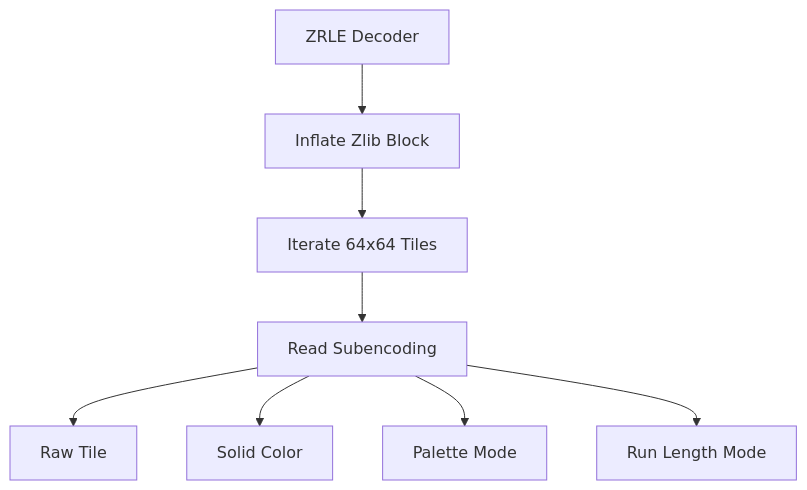
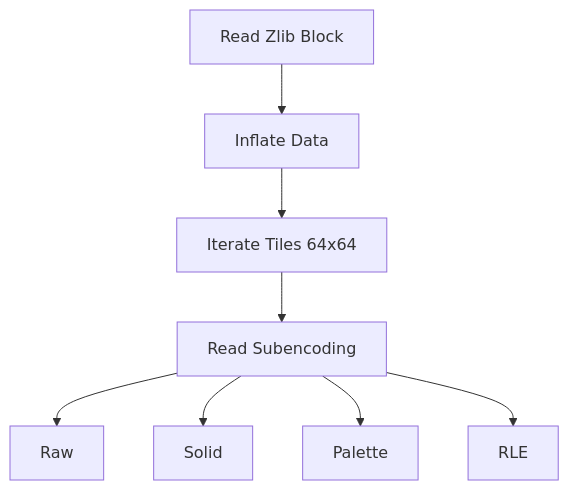
Before and after one commit to Ylianst/MeshCentral: the fourth of 5 diagrams in docs/reference/architecture/decoders/decoders.md, drawn with Mermaid. The commit also changed other lines of this file and 642 other files, not shown here.

````diff
--- a/docs/reference/architecture/decoders/decoders.md
+++ b/docs/reference/architecture/decoders/decoders.md
@@ -269,10 +274,10 @@
 ```mermaid
 flowchart TD
-    ZRLE["ZRLE Decoder"] --> Inflate["Inflate Zlib Block"]
-    Inflate --> TileLoop["Iterate 64x64 Tiles"]
-    TileLoop --> SubEnc["Read Subencoding"]
-    SubEnc --> Raw["Raw Tile"]
-    SubEnc --> Solid["Solid Color"]
-    SubEnc --> Palette["Palette Mode"]
-    SubEnc --> RLE["Run Length Mode"]
+    ZData["Read Zlib Block"] --> Inflate["Inflate Data"]
+    Inflate --> TileLoop["Iterate Tiles 64x64"]
+    TileLoop --> SubType["Read Subencoding"]
+    SubType --> RawTile["Raw"]
+    SubType --> SolidTile["Solid"]
+    SubType --> PaletteTile["Palette"]
+    SubType --> RLETile["RLE"]
 ```
````
